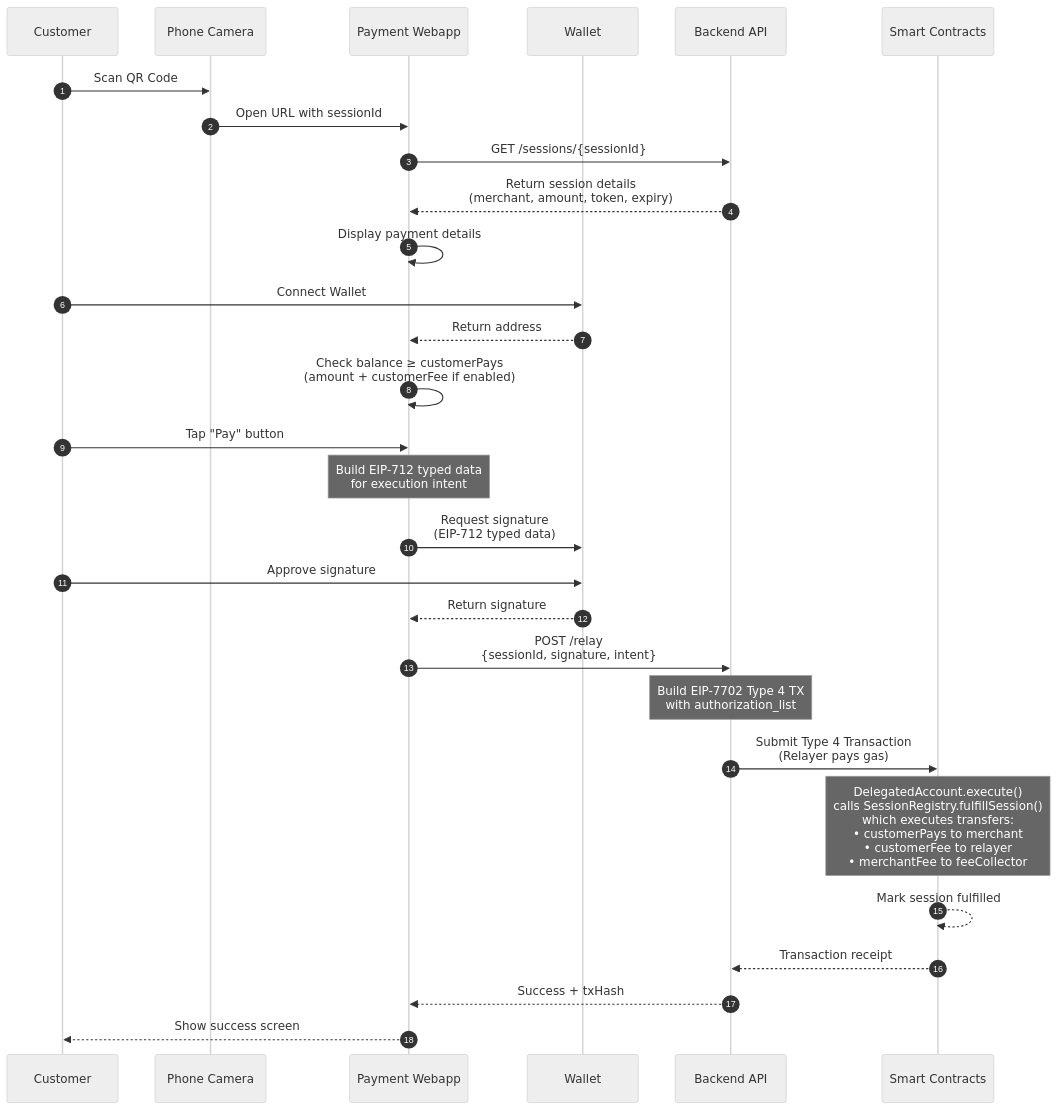
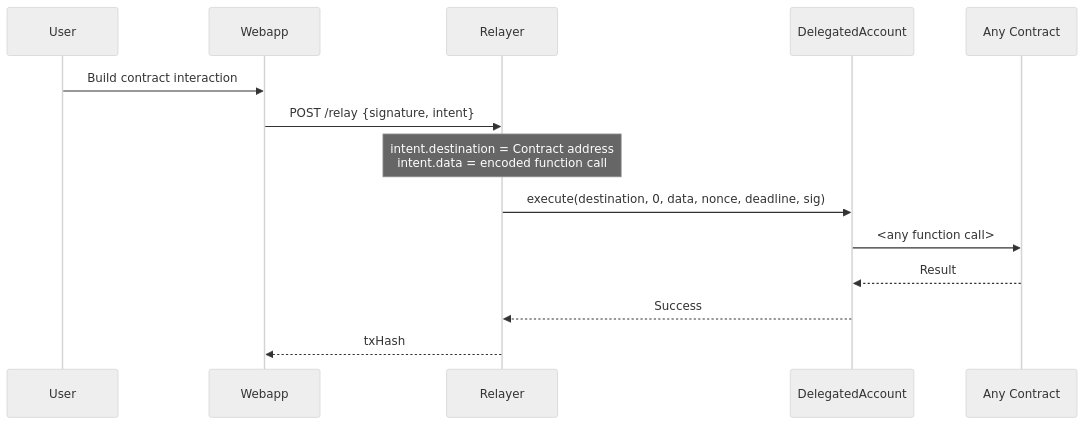
One commit to BigtoMantraDev/mantraUSD-Pay changed the second of 5 diagrams in docs/mantraUSD-Pay-PRD.md. Above: the diagram before and after it, drawn with Mermaid (neutral theme). The commit also changed other lines of this file and 32 other files, not shown here.

````diff
--- a/docs/mantraUSD-Pay-PRD.md
+++ b/docs/mantraUSD-Pay-PRD.md
@@ -204,31 +115,16 @@
 ```mermaid
 sequenceDiagram
-    autonumber
-    participant C as Customer
-    participant Phone as Phone Camera
-    participant PWA as Payment Webapp
-    participant W as Wallet
-    participant BE as Backend API
-    participant SC as Smart Contracts
-    C ->> Phone: Scan QR Code
-    Phone ->> PWA: Open URL with sessionId
-    PWA ->> BE: GET /sessions/{sessionId}
-    BE -->> PWA: Return session details<br/>(merchant, amount, token, expiry)
-    PWA ->> PWA: Display payment details
-    C ->> W: Connect Wallet
-    W -->> PWA: Return address
-    PWA ->> PWA: Check balance ≥ customerPays<br/>(amount + customerFee if enabled)
-    C ->> PWA: Tap "Pay" button
-    Note over PWA: Build EIP-712 typed data<br/>for execution intent
-    PWA ->> W: Request signature<br/>(EIP-712 typed data)
-    C ->> W: Approve signature
-    W -->> PWA: Return signature
-    PWA ->> BE: POST /relay<br/>{sessionId, signature, intent}
-    Note over BE: Build EIP-7702 Type 4 TX<br/>with authorization_list
-    BE ->> SC: Submit Type 4 Transaction<br/>(Relayer pays gas)
-    Note over SC: DelegatedAccount.execute()<br/>calls SessionRegistry.fulfillSession()<br/>which executes transfers:<br/>• customerPays to merchant<br/>• customerFee to relayer<br/>• merchantFee to feeCollector
-    SC -->> SC: Mark session fulfilled
-    SC -->> BE: Transaction receipt
-    BE -->> PWA: Success + txHash
-    PWA -->> C: Show success screen
+    participant User
+    participant Webapp
+    participant Backend as Relayer
+    participant DA as DelegatedAccount
+    participant Contract as Any Contract
+    User ->> Webapp: Build contract interaction
+    Webapp ->> Backend: POST /relay {signature, intent}
+    Note over Backend: intent.destination = Contract address<br/>intent.data = encoded function call
+    Backend ->> DA: execute(destination, 0, data, nonce, deadline, sig)
+    DA ->> Contract: <any function call>
+    Contract -->> DA: Result
+    DA -->> Backend: Success
+    Backend -->> Webapp: txHash
 ```
````
